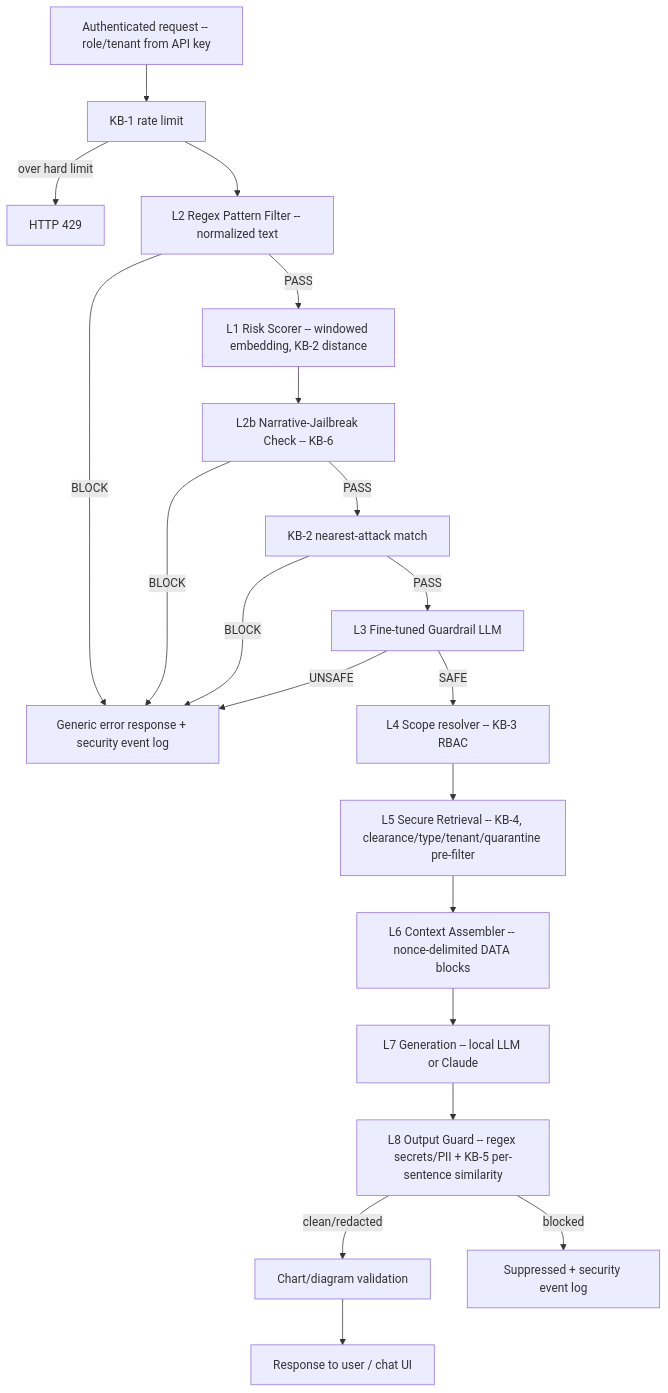
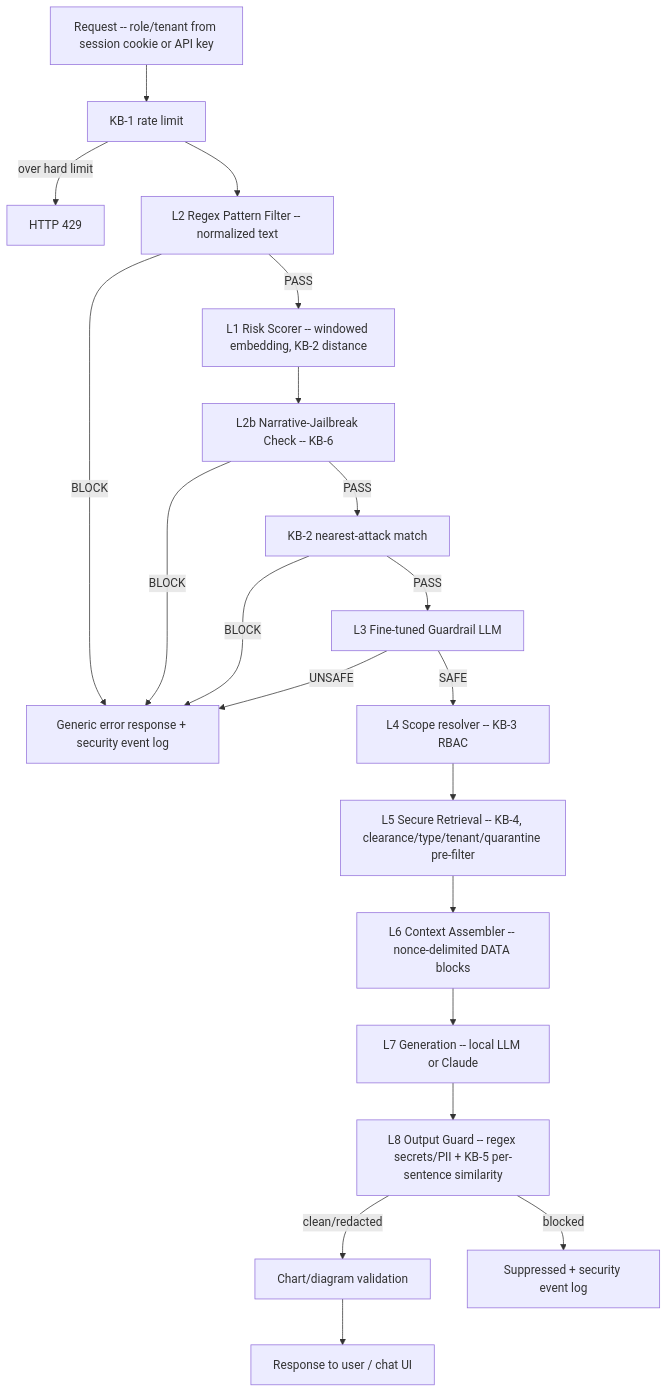
Before and after one commit to Arittroskr32/RAG-support-assistant: the diagram in README.md, drawn with Mermaid. The commit also changed other lines of this file and 25 other files, not shown here.

````diff
--- a/README.md
+++ b/README.md
@@ -30,22 +31,22 @@
 ```mermaid
 flowchart TD
-    A[Authenticated request -- role/tenant from API key] --> R[KB-1 rate limit]
+    A[Request -- role/tenant from session cookie or API key] --> R[KB-1 rate limit]
     R -->|over hard limit| Z[HTTP 429]
     R --> L2[L2 Regex Pattern Filter -- normalized text]
     L2 -->|BLOCK| X[Generic error response + security event log]
     L2 -->|PASS| L1[L1 Risk Scorer -- windowed embedding, KB-2 distance]
     L1 --> L2b[L2b Narrative-Jailbreak Check -- KB-6]
     L2b -->|BLOCK| X
     L2b -->|PASS| K2[KB-2 nearest-attack match]
     K2 -->|BLOCK| X
     K2 -->|PASS| L3[L3 Fine-tuned Guardrail LLM]
     L3 -->|UNSAFE| X
     L3 -->|SAFE| L4[L4 Scope resolver -- KB-3 RBAC]
     L4 --> L5[L5 Secure Retrieval -- KB-4, clearance/type/tenant/quarantine pre-filter]
     L5 --> L6[L6 Context Assembler -- nonce-delimited DATA blocks]
     L6 --> L7[L7 Generation -- local LLM or Claude]
     L7 --> L8[L8 Output Guard -- regex secrets/PII + KB-5 per-sentence similarity]
     L8 -->|clean/redacted| RV[Chart/diagram validation]
     RV --> U[Response to user / chat UI]
     L8 -->|blocked| Y[Suppressed + security event log]
 ```
````
